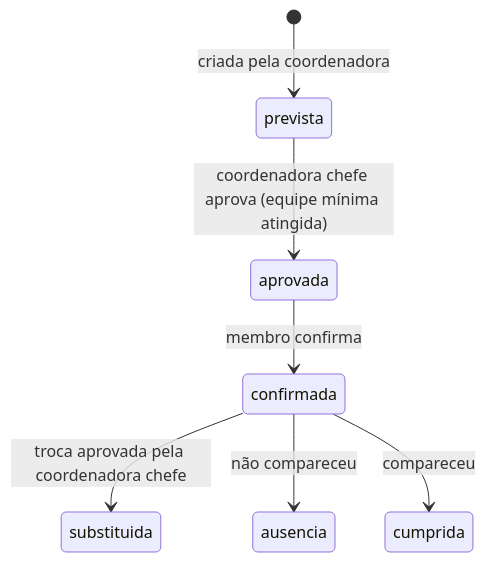
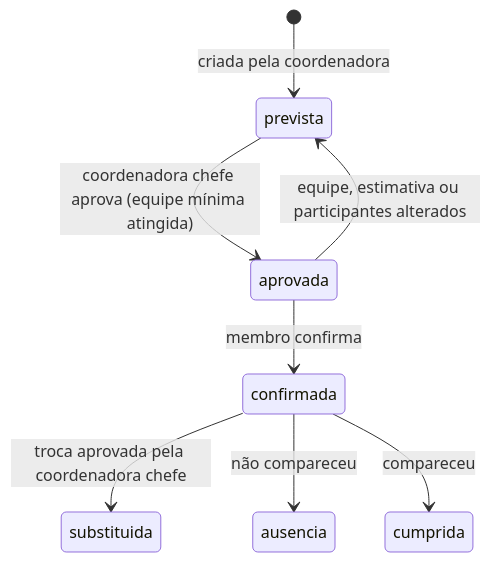
The sixth of 9 diagrams in docs/03-dados/estados.md (helesjunior/ccb-ebi), drawn with Mermaid before and after one commit. The commit also changed other lines of this file and 12 other files, not shown here.

````diff
--- a/docs/03-dados/estados.md
+++ b/docs/03-dados/estados.md
@@ -86,9 +86,10 @@
 ```mermaid
 stateDiagram-v2
   [*] --> prevista: criada pela coordenadora
   prevista --> aprovada: coordenadora chefe aprova (equipe mínima atingida)
+  aprovada --> prevista: equipe, estimativa ou participantes alterados
   aprovada --> confirmada: membro confirma
   confirmada --> substituida: troca aprovada pela coordenadora chefe
   confirmada --> ausencia: não compareceu
   confirmada --> cumprida: compareceu
 ```
````
